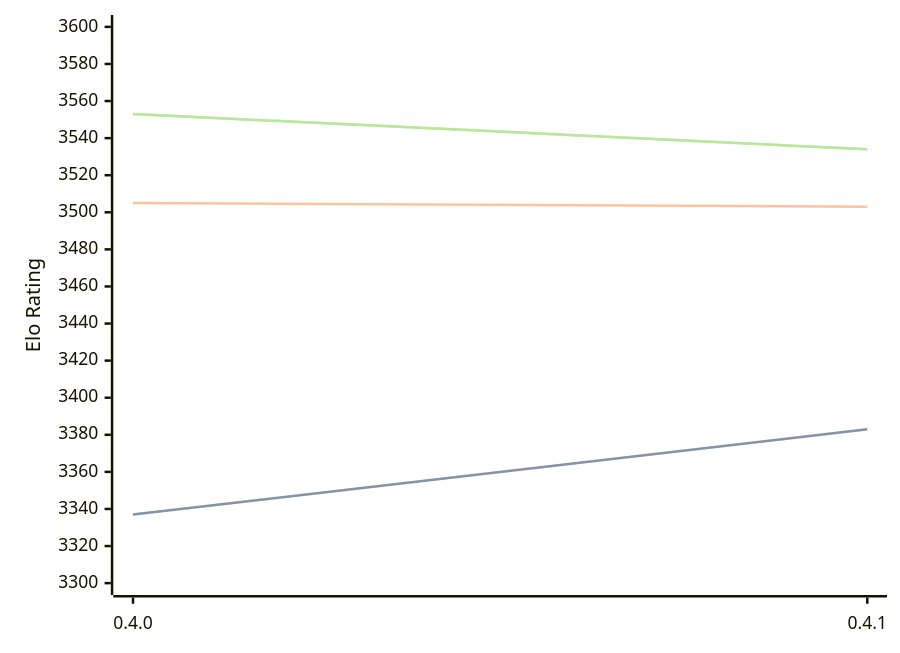
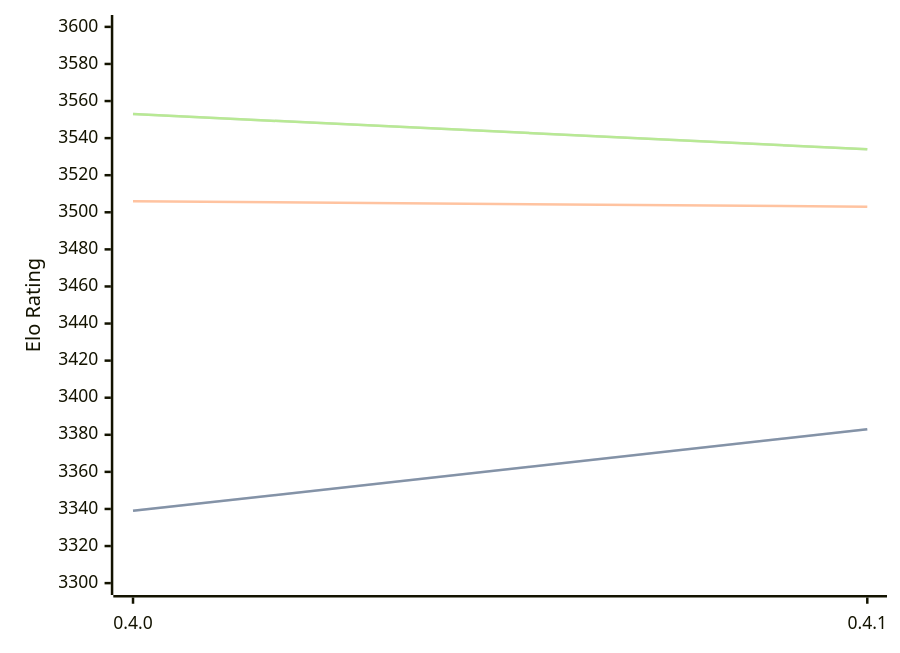
The diagram in engines/Cinder.md (computer-chess-index/cci), drawn with Mermaid before and after one commit. The commit also changed other lines of this file, not shown here.

Commit message:
Update CCI Ratings (ELO VLTC) - 2026-04-12

````diff
--- a/engines/Cinder.md
+++ b/engines/Cinder.md
@@ -40,11 +40,11 @@
 ```mermaid
 %%{init: {"theme":"base","themeVariables":{"seriesColors:['#a3a3a3','#222221','#faa371']}}}%%
 xychart-beta
   x-axis ["0.4.0", "0.4.1"]
   y-axis "Elo Rating" 3300 --> 3600
-  line "STC (8.0+0.08s)" [3337, 3383]
-  line "STC (8.0+0.08s)" [3337, 3383]
-  line "LTC (60.0+0.60s)" [3505, 3503]
+  line "STC (8.0+0.08s)" [3339, 3383]
+  line "STC (8.0+0.08s)" [3339, 3383]
+  line "LTC (60.0+0.60s)" [3506, 3503]
   line "VLTC (2m24s+1.12s)" [3553, 3534]
   line "VLTC (2m24s+1.12s)" [3553, 3534]
 ```
````
